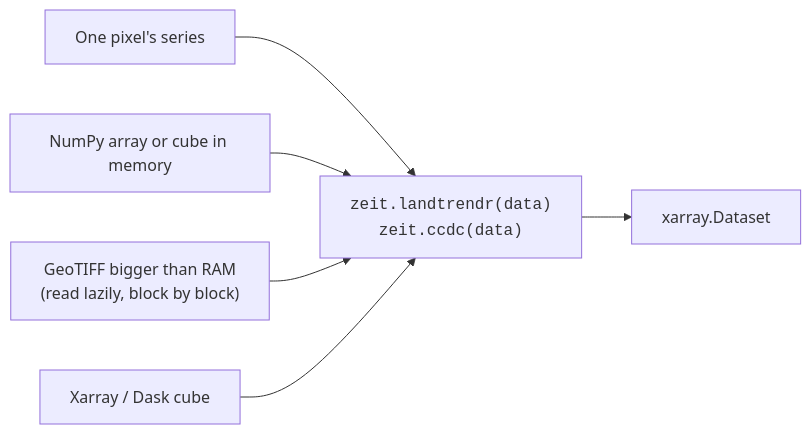
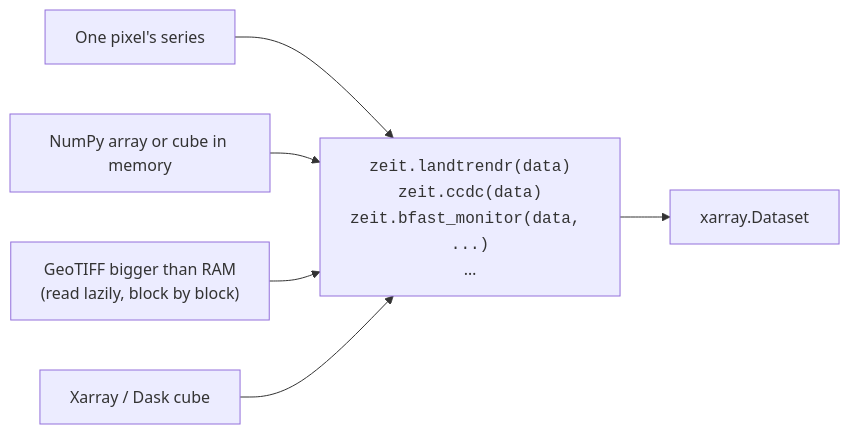
One commit to sacridini/zeit-cdts changed the diagram in docs/getting-started/concepts.md. Above: the diagram before and after it, drawn with Mermaid. The commit also changed other lines of this file and 36 other files, not shown here.

First line of the commit message:
feat: one function each for BFAST, Mann-Kendall and phenology

````diff
--- a/docs/getting-started/concepts.md
+++ b/docs/getting-started/concepts.md
@@ -74,8 +72,8 @@
 ```mermaid
 flowchart LR
-    A["One pixel's series"] --> L["<code>zeit.landtrendr(data)</code><br/><code>zeit.ccdc(data)</code>"]
+    A["One pixel's series"] --> L["<code>zeit.landtrendr(data)</code><br/><code>zeit.ccdc(data)</code><br/><code>zeit.bfast_monitor(data, ...)</code><br/>…"]
     B["NumPy array or cube in memory"] --> L
     C["GeoTIFF bigger than RAM<br/>(read lazily, block by block)"] --> L
     D["Xarray / Dask cube"] --> L
     L --> E["xarray.Dataset"]
 ```
````
